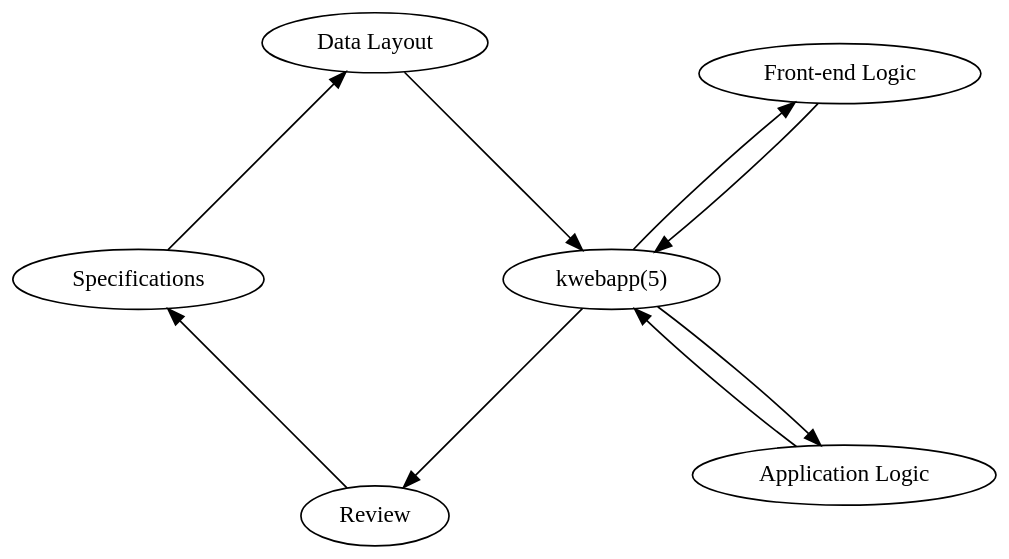
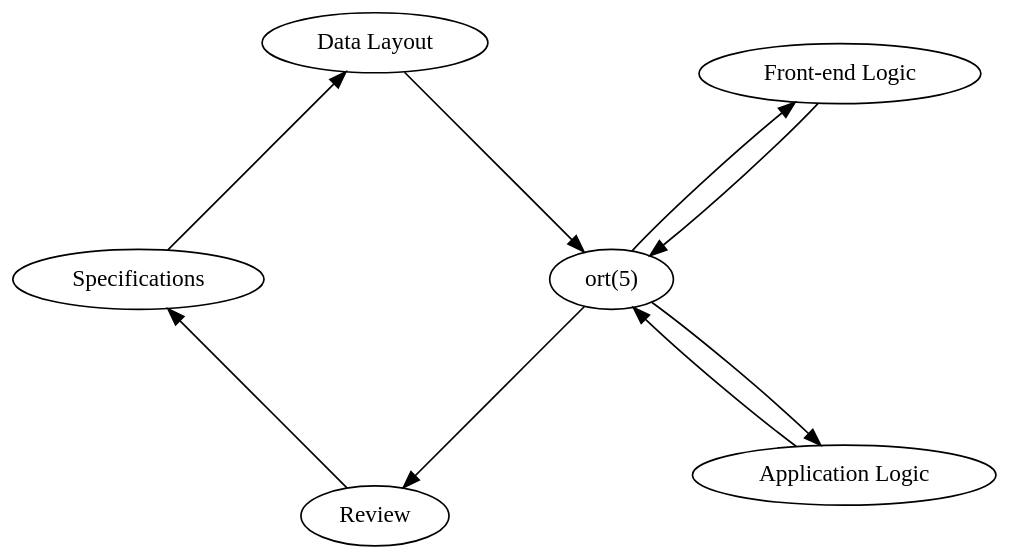
Before and after one commit to kristapsdz/bchs: the diagram in kwebapp-fig2.dot, drawn with Graphviz. The commit also changed 9 other files, not shown here.

Commit message:
kwebapp -> ort.

```diff
--- a/kwebapp-fig2.dot
+++ b/kwebapp-fig2.dot
@@ -1,20 +1,20 @@
 digraph {
 	bgcolor="transparent";
 	layout="circo";
 
 	requirements [label="Specifications"];
 	data [label="Data Layout"];
-	kweb [label="kwebapp(5)"];
+	kweb [label="ort(5)"];
 	logic [label="Application Logic"];
 	flogic [label="Front-end Logic"];
 	review [label="Review"];
 
 	requirements -> data;
 	data -> kweb;
 	kweb -> logic;
 	logic -> kweb;
 	kweb -> flogic;
 	flogic -> kweb;
 	kweb -> review;
 	review -> requirements;
 }
```
